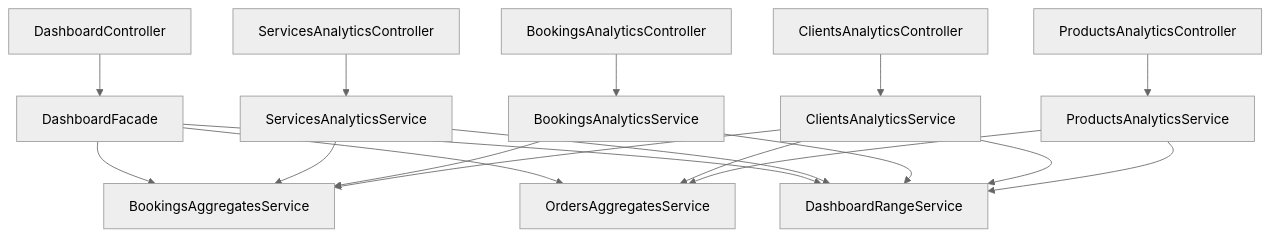
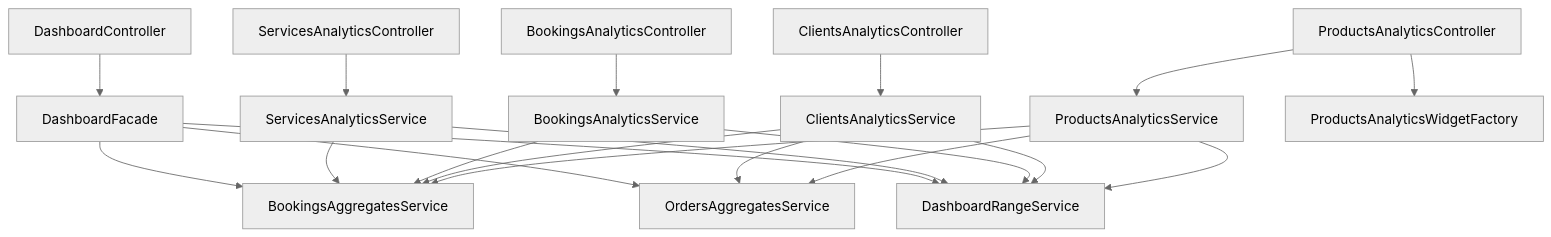
Before and after one commit to pavelnagorsky/crm-core: the seventh of 7 diagrams in docs/architecture/flows.md, drawn with Mermaid (neutral theme). The commit also changed other lines of this file and 29 other files, not shown here.

````diff
--- a/docs/architecture/flows.md
+++ b/docs/architecture/flows.md
@@ -156,23 +156,25 @@
 ```mermaid
 flowchart TB
   DashboardController --> DashboardFacade
   ServicesAnalyticsController --> ServicesAnalyticsService
   BookingsAnalyticsController --> BookingsAnalyticsService
   ClientsAnalyticsController --> ClientsAnalyticsService
   ProductsAnalyticsController --> ProductsAnalyticsService
+  ProductsAnalyticsController --> ProductsAnalyticsWidgetFactory
 
   DashboardFacade --> BookingsAggregatesService
   DashboardFacade --> OrdersAggregatesService
 
   ServicesAnalyticsService --> BookingsAggregatesService
   BookingsAnalyticsService --> BookingsAggregatesService
   ClientsAnalyticsService --> BookingsAggregatesService
   ClientsAnalyticsService --> OrdersAggregatesService
   ProductsAnalyticsService --> OrdersAggregatesService
+  ProductsAnalyticsService --> BookingsAggregatesService
 
   DashboardFacade --> DashboardRangeService
   ServicesAnalyticsService --> DashboardRangeService
   BookingsAnalyticsService --> DashboardRangeService
   ClientsAnalyticsService --> DashboardRangeService
   ProductsAnalyticsService --> DashboardRangeService
 ```
````
